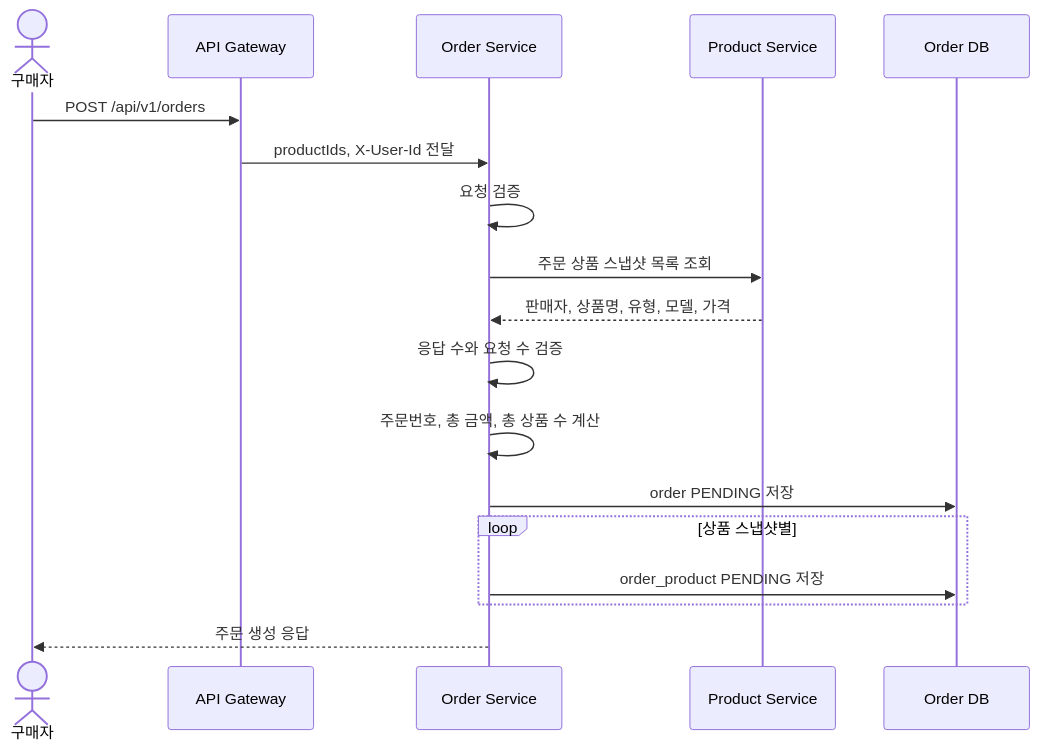
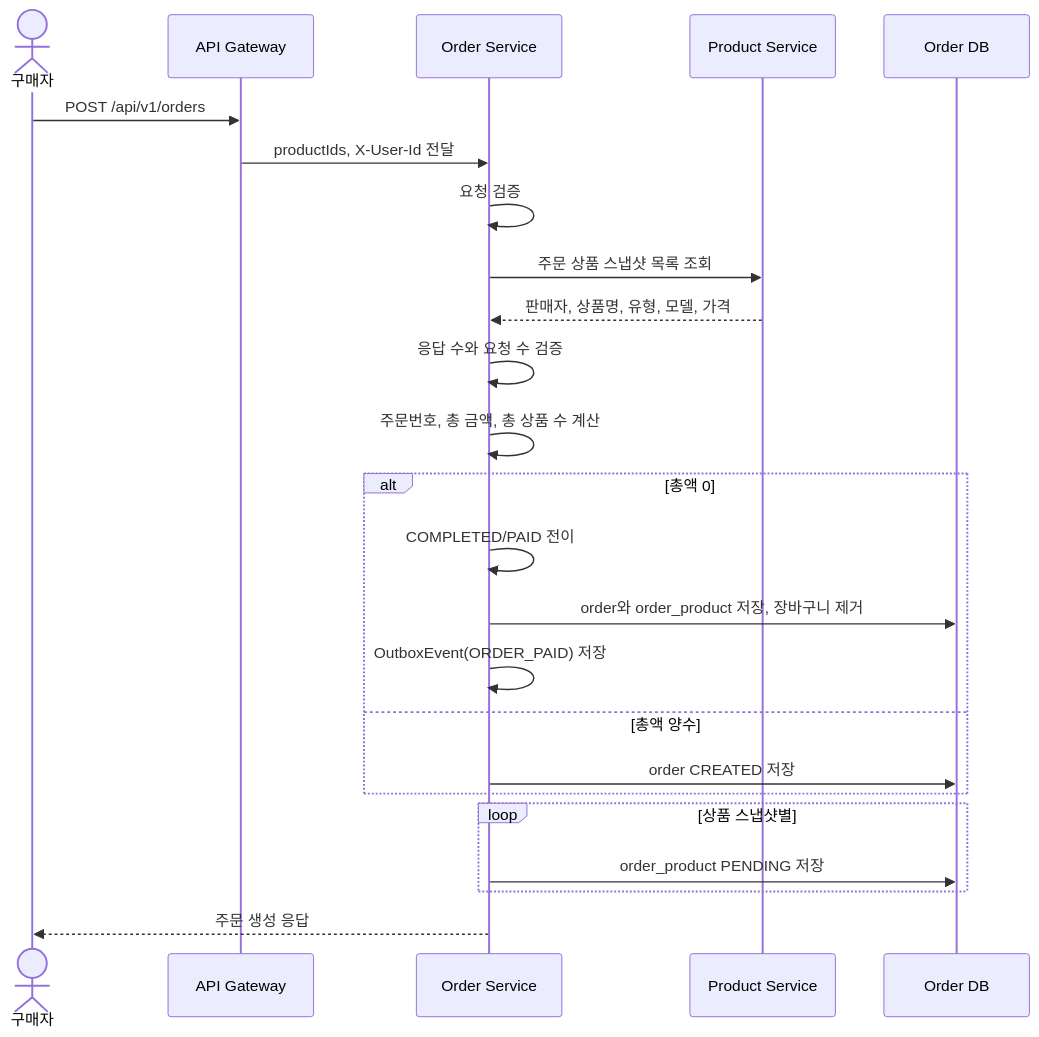
Before and after one commit to prgrms-be-adv-devcourse/beadv6_6_3JMT_BE: the fourth of 15 diagrams in docs/architecture/order-usecase-detail.md, drawn with Mermaid. The commit also changed other lines of this file and 4 other files, not shown here.

````diff
--- a/docs/architecture/order-usecase-detail.md
+++ b/docs/architecture/order-usecase-detail.md
@@ -126,21 +126,27 @@
 ```mermaid
 sequenceDiagram
     actor Buyer as 구매자
     participant Gateway as API Gateway
     participant Order as Order Service
     participant Product as Product Service
     participant DB as Order DB
 
     Buyer->>Gateway: POST /api/v1/orders
     Gateway->>Order: productIds, X-User-Id 전달
     Order->>Order: 요청 검증
     Order->>Product: 주문 상품 스냅샷 목록 조회
     Product-->>Order: 판매자, 상품명, 유형, 모델, 가격
     Order->>Order: 응답 수와 요청 수 검증
     Order->>Order: 주문번호, 총 금액, 총 상품 수 계산
-    Order->>DB: order PENDING 저장
+    alt 총액 0
+        Order->>Order: COMPLETED/PAID 전이
+        Order->>DB: order와 order_product 저장, 장바구니 제거
+        Order->>Order: OutboxEvent(ORDER_PAID) 저장
+    else 총액 양수
+        Order->>DB: order CREATED 저장
+    end
     loop 상품 스냅샷별
         Order->>DB: order_product PENDING 저장
     end
     Order-->>Buyer: 주문 생성 응답
 ```
````
